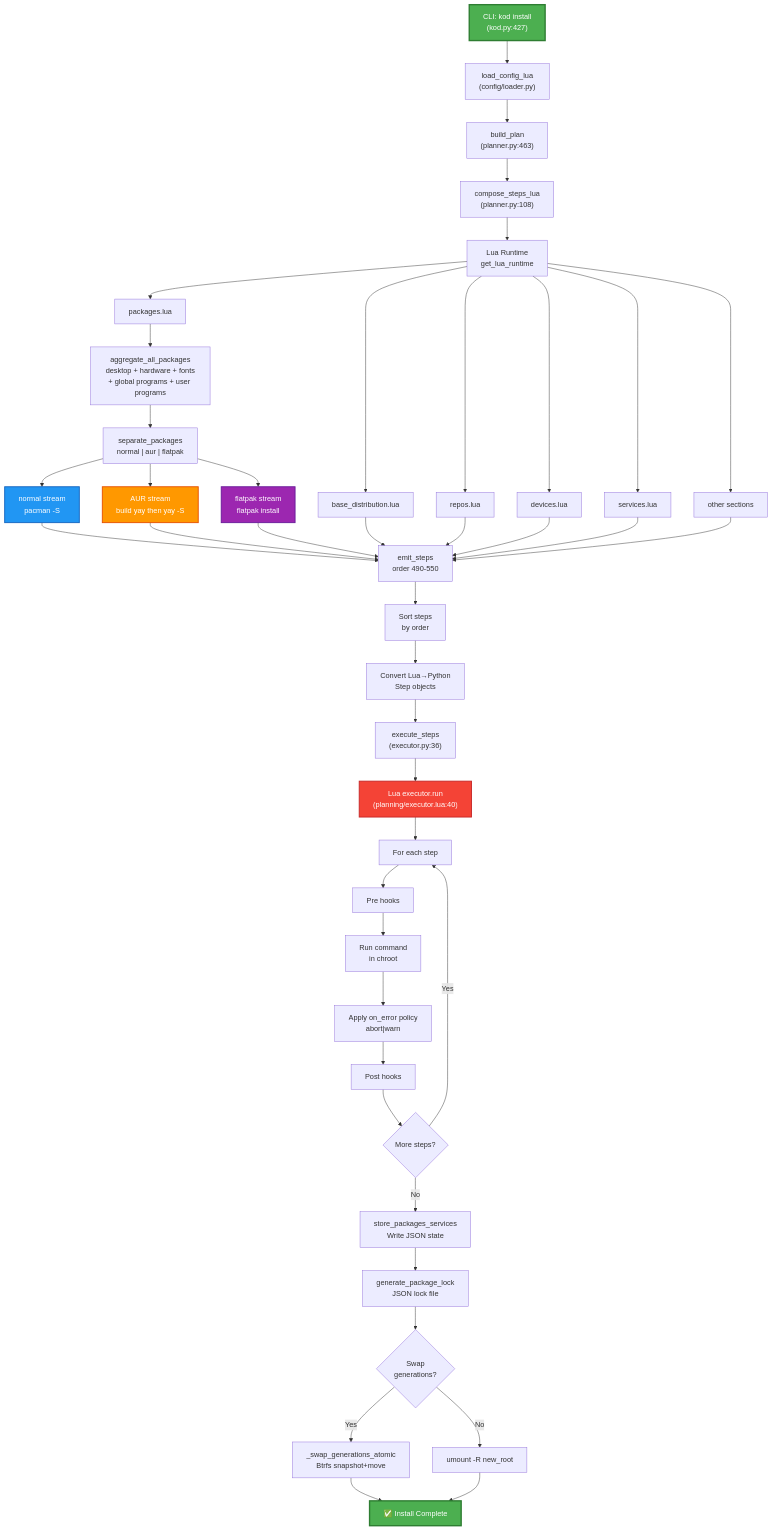
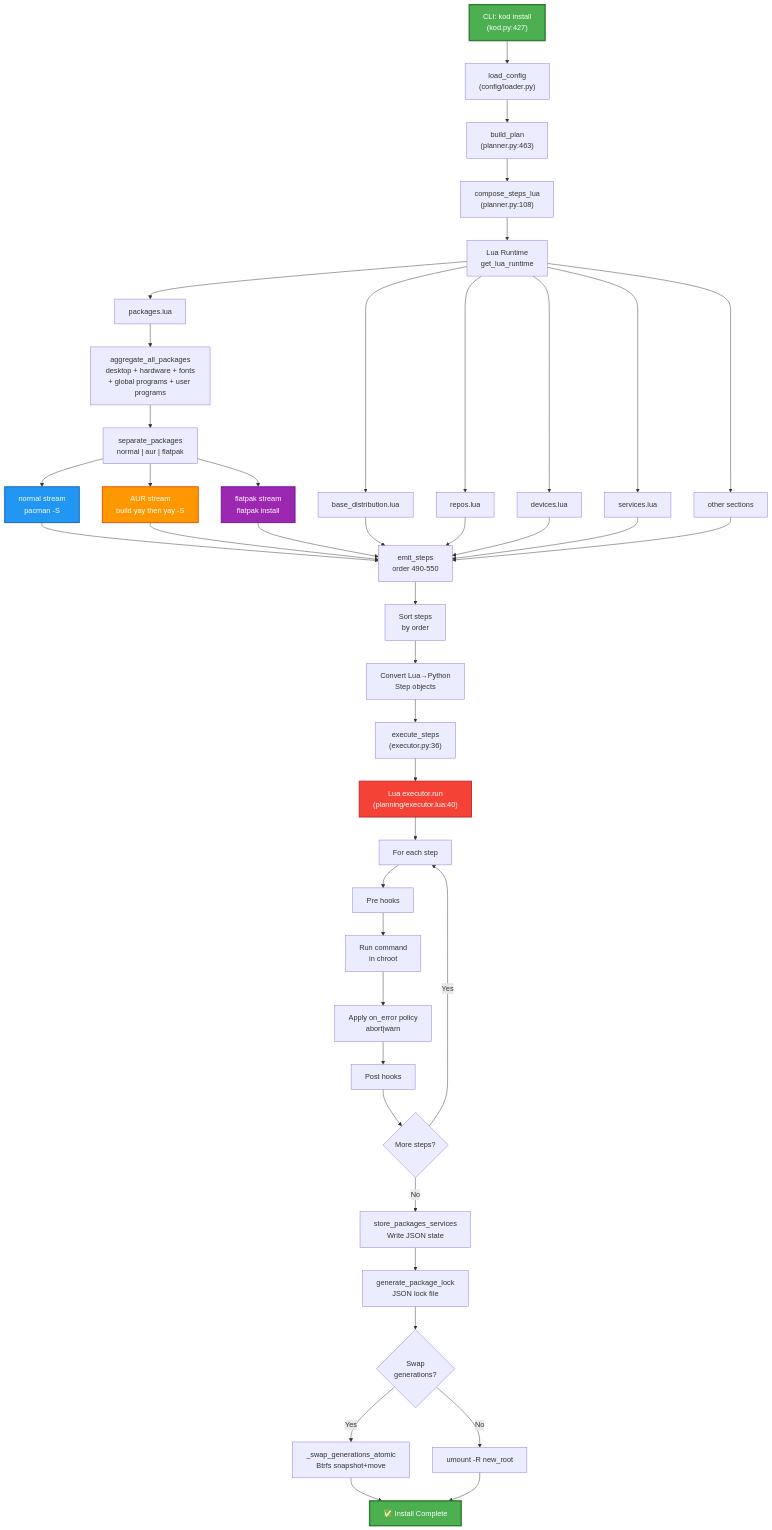
One commit to kodos-prj/kodos changed the diagram in docs/flow/KODOS_INSTALLATION_FLOW.mmd. Above: the diagram before and after it, drawn with Mermaid. The commit also changed 6 other files, not shown here.

Commit message:
docs: update function name references load_config_lua → load_config (API change)

```diff
--- a/docs/flow/KODOS_INSTALLATION_FLOW.mmd
+++ b/docs/flow/KODOS_INSTALLATION_FLOW.mmd
@@ -1,66 +1,66 @@
 graph TD
     A["CLI: kod install<br/>(kod.py:427)"]
-    B["load_config_lua<br/>(config/loader.py)"]
+    B["load_config<br/>(config/loader.py)"]
     C["build_plan<br/>(planner.py:463)"]
     D["compose_steps_lua<br/>(planner.py:108)"]
     E["Lua Runtime<br/>get_lua_runtime"]
     
     A --> B
     B --> C
     C --> D
     D --> E
     
     E --> F1["base_distribution.lua"]
     E --> F2["repos.lua"]
     E --> F3["devices.lua"]
     E --> F4["packages.lua"]
     E --> F5["services.lua"]
     E --> F6["other sections"]
     
     F4 --> G1["aggregate_all_packages<br/>desktop + hardware + fonts<br/>+ global programs + user programs"]
     G1 --> G2["separate_packages<br/>normal | aur | flatpak"]
     G2 --> H1["normal stream<br/>pacman -S"]
     G2 --> H2["AUR stream<br/>build yay then yay -S"]
     G2 --> H3["flatpak stream<br/>flatpak install"]
     
     H1 --> I["emit_steps<br/>order 490-550"]
     H2 --> I
     H3 --> I
     
     F1 --> I
     F2 --> I
     F3 --> I
     F5 --> I
     F6 --> I
     
     I --> J["Sort steps<br/>by order"]
     J --> K["Convert Lua→Python<br/>Step objects"]
     K --> L["execute_steps<br/>(executor.py:36)"]
     
     L --> M["Lua executor.run<br/>(planning/executor.lua:40)"]
     
     M --> N["For each step"]
     N --> O["Pre hooks"]
     O --> P["Run command<br/>in chroot"]
     P --> Q["Apply on_error policy<br/>abort|warn"]
     Q --> R["Post hooks"]
     R --> S{More steps?}
     S -->|Yes| N
     S -->|No| T
     
     T["store_packages_services<br/>Write JSON state"]
     T --> U["generate_package_lock<br/>JSON lock file"]
     U --> V{Swap<br/>generations?}
     
     V -->|Yes| W["_swap_generations_atomic<br/>Btrfs snapshot+move"]
     V -->|No| X["umount -R new_root"]
     
     W --> Y["✅ Install Complete"]
     X --> Y
     
     style A fill:#4CAF50,color:#fff,stroke:#2E7D32,stroke-width:3px
     style H1 fill:#2196F3,color:#fff,stroke:#1565C0,stroke-width:2px
     style H2 fill:#FF9800,color:#fff,stroke:#E65100,stroke-width:2px
     style H3 fill:#9C27B0,color:#fff,stroke:#6A1B9A,stroke-width:2px
     style M fill:#F44336,color:#fff,stroke:#C62828,stroke-width:2px
     style Y fill:#4CAF50,color:#fff,stroke:#2E7D32,stroke-width:3px
```
